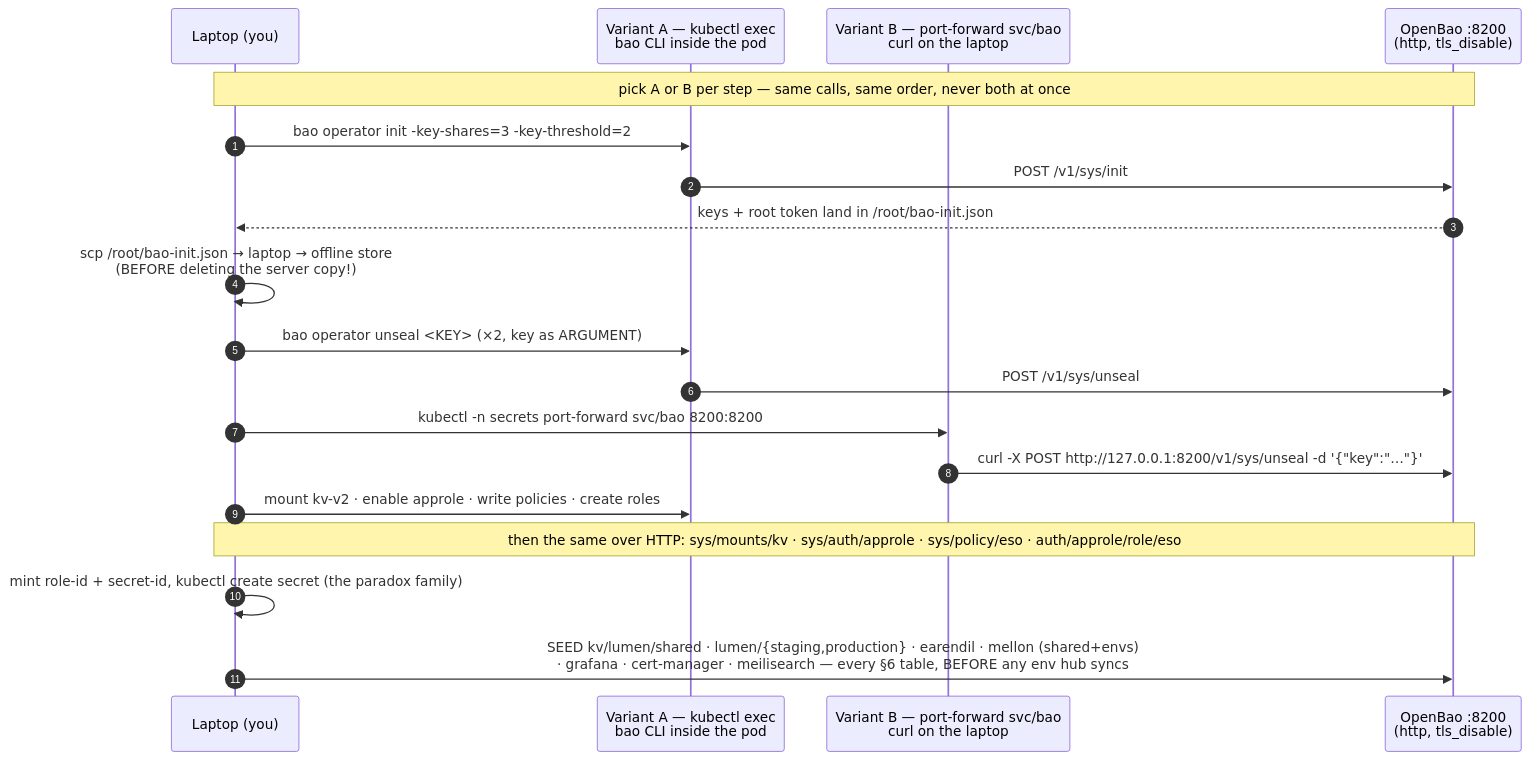
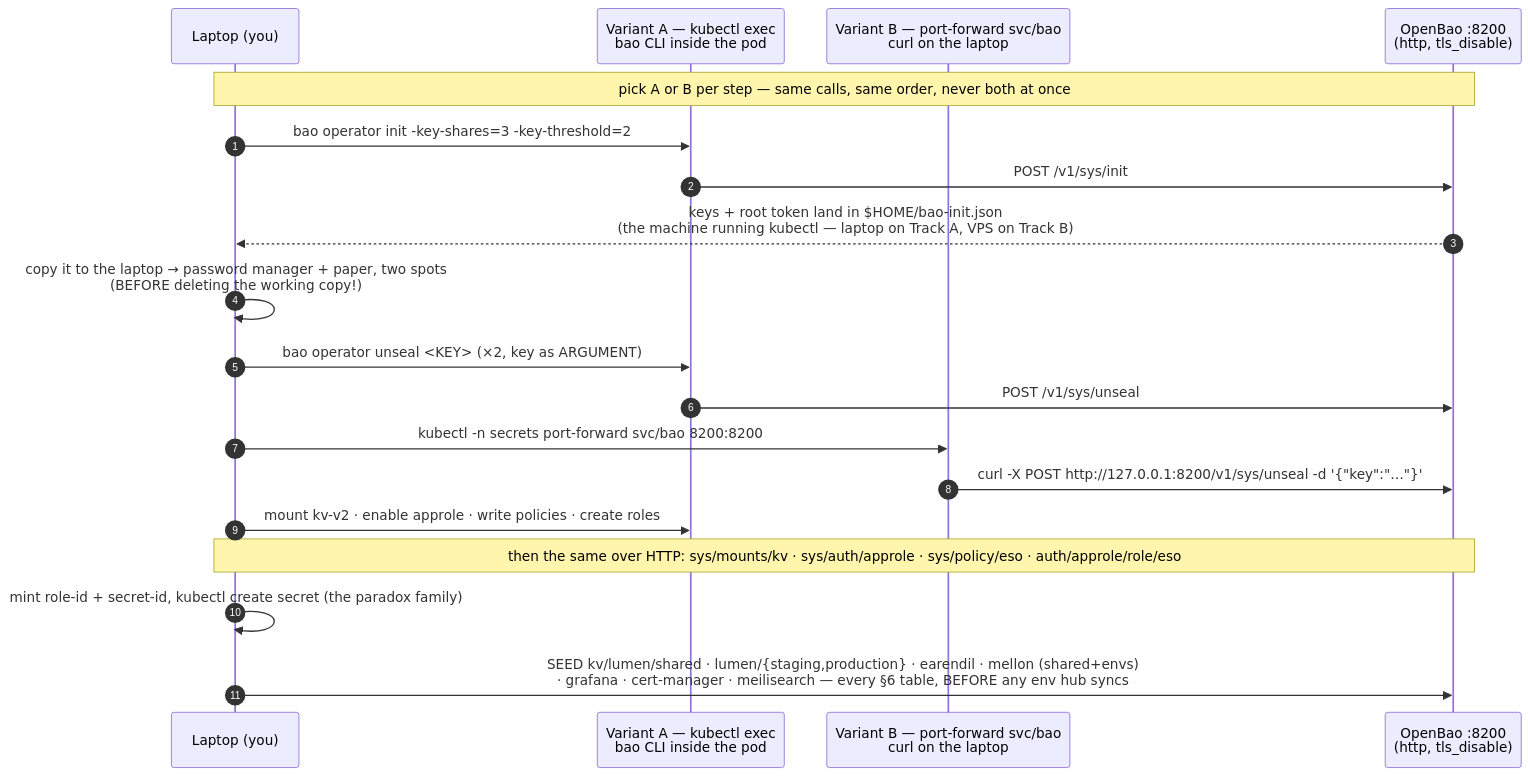
One commit to kanatabi/omicron changed the diagram in runbook/05-vault.md. Above: the diagram before and after it, drawn with Mermaid. The commit also changed other lines of this file and 7 other files, not shown here.

````diff
--- a/runbook/05-vault.md
+++ b/runbook/05-vault.md
@@ -71,21 +71,21 @@
 ```mermaid
 sequenceDiagram
     autonumber
     participant L as Laptop (you)
     participant A as Variant A — kubectl exec<br/>bao CLI inside the pod
     participant B as Variant B — port-forward svc/bao<br/>curl on the laptop
     participant V as OpenBao :8200<br/>(http, tls_disable)
     Note over L,V: pick A or B per step — same calls, same order, never both at once
     L->>A: bao operator init -key-shares=3 -key-threshold=2
     A->>V: POST /v1/sys/init
-    V-->>L: keys + root token land in /root/bao-init.json
-    L->>L: scp /root/bao-init.json → laptop → offline store<br/>(BEFORE deleting the server copy!)
+    V-->>L: keys + root token land in $HOME/bao-init.json<br/>(the machine running kubectl — laptop on Track A, VPS on Track B)
+    L->>L: copy it to the laptop → password manager + paper, two spots<br/>(BEFORE deleting the working copy!)
     L->>A: bao operator unseal <KEY> (×2, key as ARGUMENT)
     A->>V: POST /v1/sys/unseal
     L->>B: kubectl -n secrets port-forward svc/bao 8200:8200
     B->>V: curl -X POST http://127.0.0.1:8200/v1/sys/unseal -d '{"key":"…"}'
     L->>A: mount kv-v2 · enable approle · write policies · create roles
     Note over L,V: then the same over HTTP: sys/mounts/kv · sys/auth/approle · sys/policy/eso · auth/approle/role/eso
     L->>L: mint role-id + secret-id, kubectl create secret (the paradox family)
     L->>V: SEED kv/lumen/shared · lumen/{staging,production} · earendil · mellon (shared+envs)<br/>· grafana · cert-manager · meilisearch — every §6 table, BEFORE any env hub syncs
 ```
````
